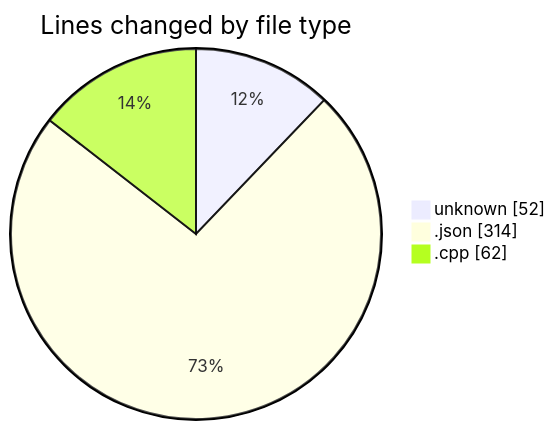
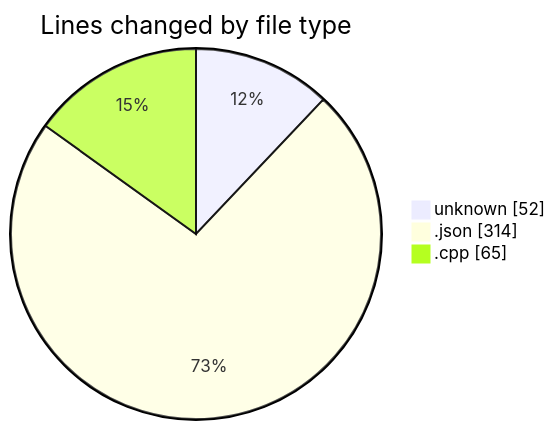
The first of 2 diagrams in 2025-03-26/echo/README.md (Netris89/code-tracking), drawn with Mermaid before and after one commit. The commit also changed other lines of this file and 1 other file, not shown here.

````diff
--- a/2025-03-26/echo/README.md
+++ b/2025-03-26/echo/README.md
@@ -24,7 +24,7 @@
 ```mermaid
 pie showData
 title Lines changed by file type
 "unknown" : 52
 ".json" : 314
-".cpp" : 62
+".cpp" : 65
 ```
````
